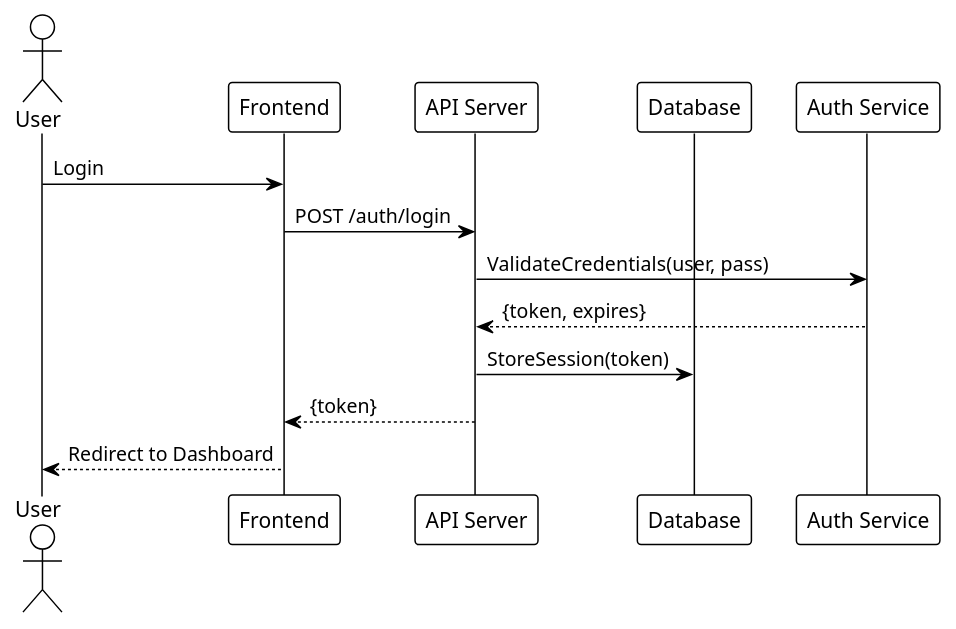
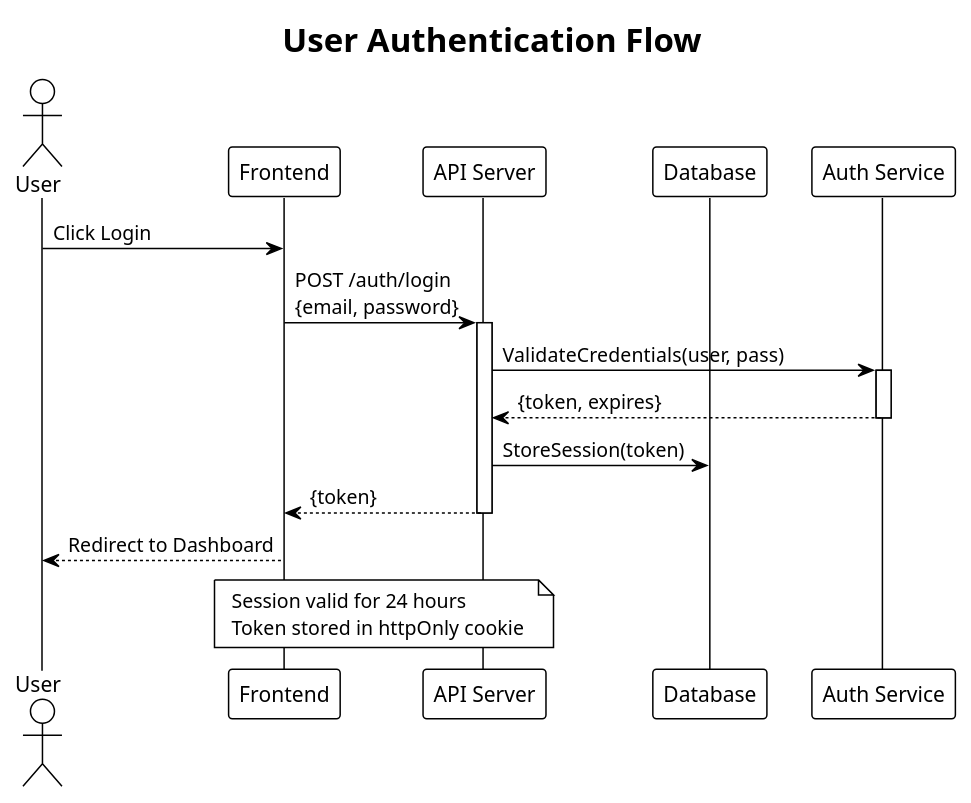
One commit to ahoydave/dotfiles changed the fourth of 4 diagrams in claude/commands/research.md. Above: the diagram before and after it, drawn with PlantUML. The commit also changed other lines of this file and 10 other files, not shown here.

````diff
--- a/claude/commands/research.md
+++ b/claude/commands/research.md
@@ -354,19 +472,29 @@
 ```plantuml
 @startuml
 !theme plain
+title "User Authentication Flow"
 
 actor User
 participant "Frontend" as FE
 participant "API Server" as API
 participant "Database" as DB
 participant "Auth Service" as Auth
 
-User -> FE: Login
-FE -> API: POST /auth/login
+User -> FE: Click Login
+FE -> API: POST /auth/login\n{email, password}
+activate API
 API -> Auth: ValidateCredentials(user, pass)
+activate Auth
 Auth --> API: {token, expires}
+deactivate Auth
 API -> DB: StoreSession(token)
 API --> FE: {token}
+deactivate API
 FE --> User: Redirect to Dashboard
+
+note over FE,API
+  Session valid for 24 hours
+  Token stored in httpOnly cookie
+end note
 @enduml
 ```
````
